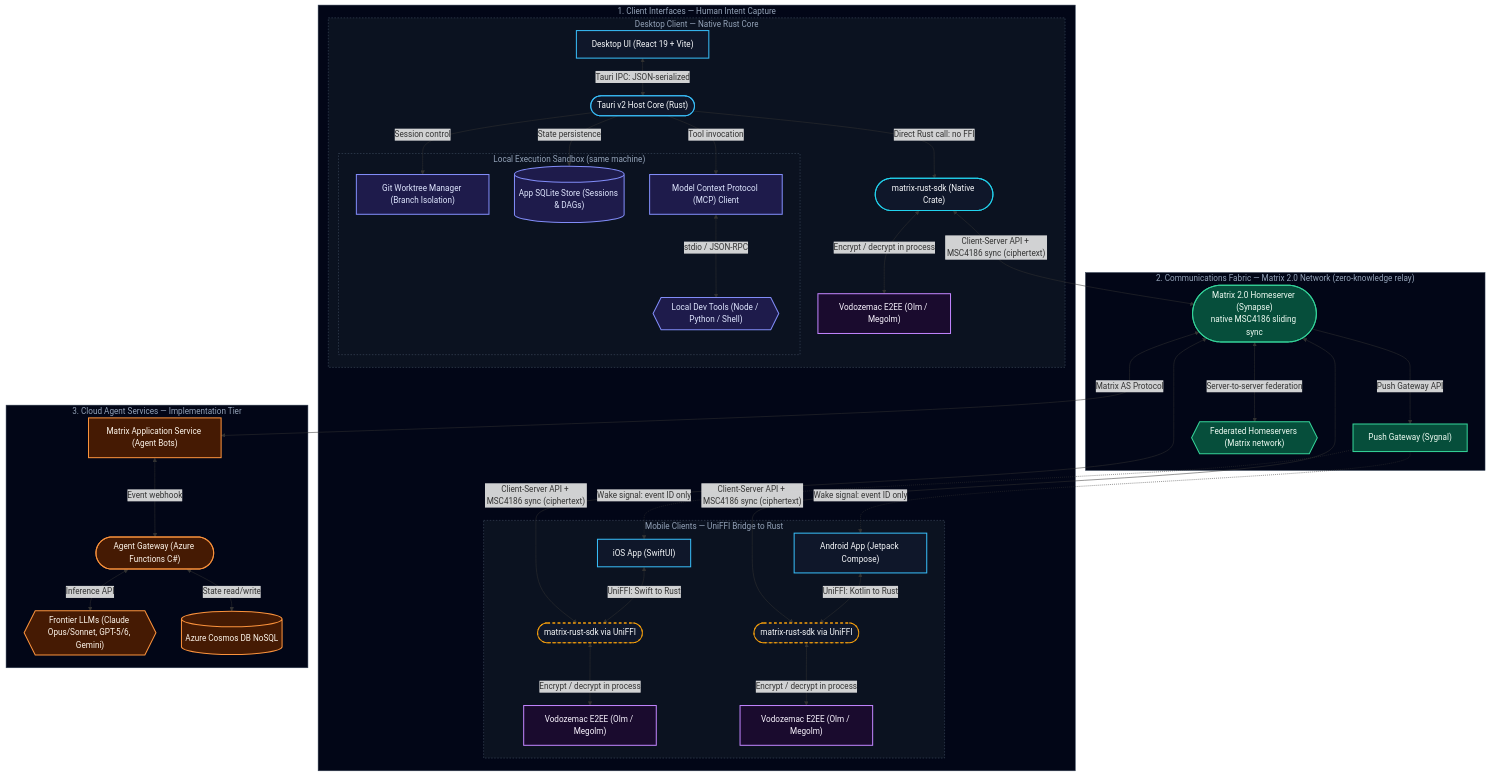
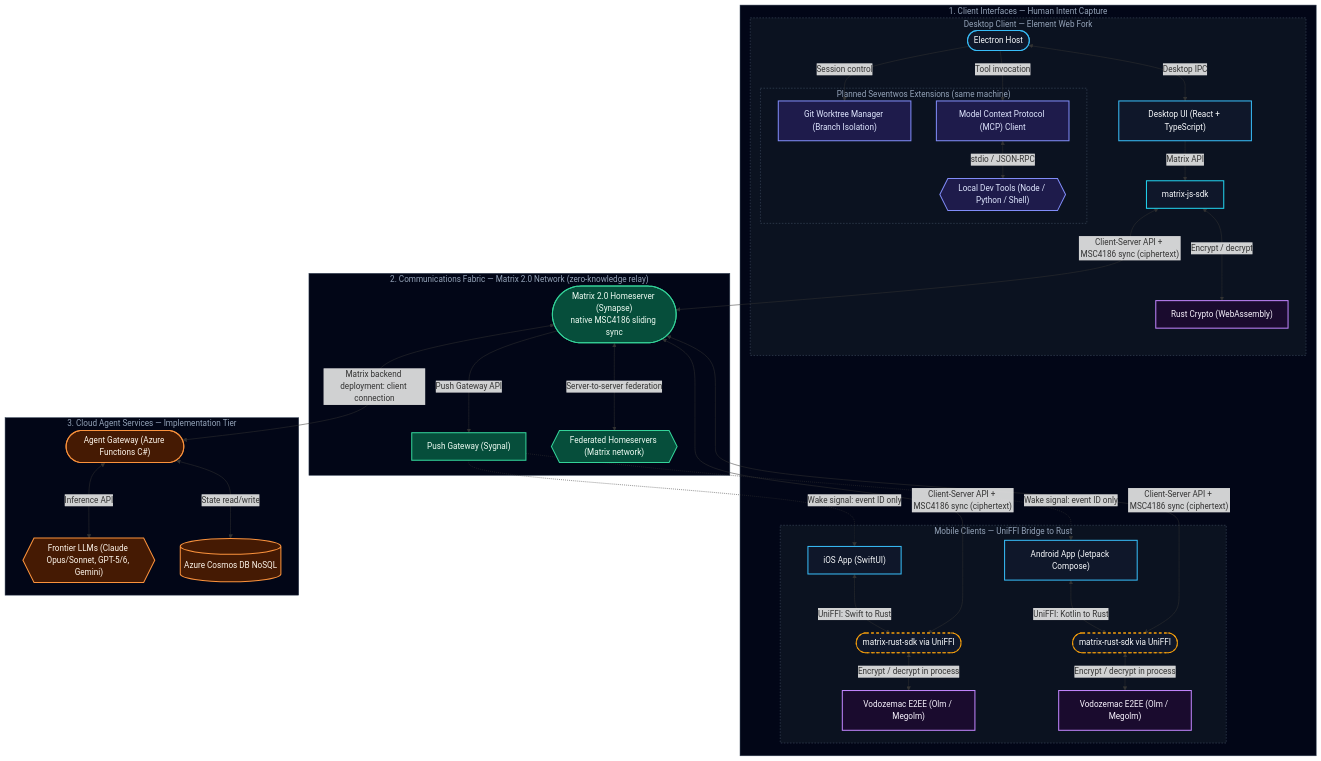
One commit to seventwos-app/how-we-work changed the diagram in stack.md. Above: the diagram before and after it, drawn with Mermaid. The commit also changed other lines of this file and 8 other files, not shown here.

````diff
--- a/stack.md
+++ b/stack.md
@@ -59,26 +60,24 @@
 
     %% Tier 1: Client Interfaces (Intent Capture)
     subgraph Clients ["1. Client Interfaces — Human Intent Capture"]
-        subgraph DesktopClient ["Desktop Client — Native Rust Core"]
-            D_UI["Desktop UI (React 19 + Vite)"]
-            D_Tauri(["Tauri v2 Host Core (Rust)"])
-            D_Matrix(["matrix-rust-sdk (Native Crate)"])
-            D_Crypto["Vodozemac E2EE (Olm / Megolm)"]
-            D_UI <-->|Tauri IPC: JSON-serialized| D_Tauri
-            D_Tauri -->|Direct Rust call: no FFI| D_Matrix
-            D_Matrix <-->|Encrypt / decrypt in process| D_Crypto
+        subgraph DesktopClient ["Desktop Client — Element Web Fork"]
+            D_Electron(["Electron Host"])
+            D_UI["Desktop UI (React + TypeScript)"]
+            D_Matrix["matrix-js-sdk"]
+            D_Crypto["Rust Crypto (WebAssembly)"]
+            D_Electron <-->|Desktop IPC| D_UI
+            D_UI -->|Matrix API| D_Matrix
+            D_Matrix <-->|Encrypt / decrypt| D_Crypto
 
-            subgraph LocalExecution ["Local Execution Sandbox (same machine)"]
+            subgraph LocalExecution ["Planned Seventwos Extensions (same machine)"]
                 D_Git["Git Worktree Manager (Branch Isolation)"]
-                D_SQLite[("App SQLite Store (Sessions & DAGs)")]
                 D_MCP["Model Context Protocol (MCP) Client"]
                 LocalTools{{"Local Dev Tools (Node / Python / Shell)"}}
                 D_MCP <-->|stdio / JSON-RPC| LocalTools
             end
 
-            D_Tauri -->|Session control| D_Git
-            D_Tauri -->|State persistence| D_SQLite
-            D_Tauri -->|Tool invocation| D_MCP
+            D_Electron -->|Session control| D_Git
+            D_Electron -->|Tool invocation| D_MCP
         end
 
         subgraph MobileClients ["Mobile Clients — UniFFI Bridge to Rust"]
@@ -107,12 +106,10 @@
 
     %% Tier 3: Cloud Agent Intelligence
     subgraph Execution ["3. Cloud Agent Services — Implementation Tier"]
-        MatrixAS["Matrix Application Service (Agent Bots)"]
         AgentGateway(["Agent Gateway (Azure Functions C#)"])
         FrontierLLMs{{"Frontier LLMs (Claude Opus/Sonnet, GPT-5/6, Gemini)"}}
         CosmosDB[("Azure Cosmos DB NoSQL")]
 
-        MatrixAS <-->|Event webhook| AgentGateway
         AgentGateway <-->|Inference API| FrontierLLMs
         AgentGateway <-->|State read/write| CosmosDB
     end
@@ -127,16 +124,16 @@
     PushGateway -.->|"Wake signal: event ID only"| iOS_UI
     PushGateway -.->|"Wake signal: event ID only"| And_UI
 
-    Homeserver <-->|Matrix AS Protocol| MatrixAS
+    Homeserver <-->|Matrix backend deployment: client connection| AgentGateway
 
     %% Apply Class Styles
     class Clients,Fabric,Execution zoneContainer;
     class DesktopClient,MobileClients,LocalExecution subContainer;
-    class D_UI,D_Tauri,iOS_UI,And_UI clientZone;
+    class D_UI,D_Electron,iOS_UI,And_UI clientZone;
     class D_Matrix nativeCore;
     class iOS_Rust,And_Rust ffiCore;
     class D_Crypto,iOS_Crypto,And_Crypto cryptoZone;
     class Homeserver,PushGateway,Federation matrixZone;
-    class D_Git,D_SQLite,D_MCP,LocalTools execZone;
-    class MatrixAS,AgentGateway,FrontierLLMs,CosmosDB cloudZone;
+    class D_Git,D_MCP,LocalTools execZone;
+    class AgentGateway,FrontierLLMs,CosmosDB cloudZone;
 ```
````
